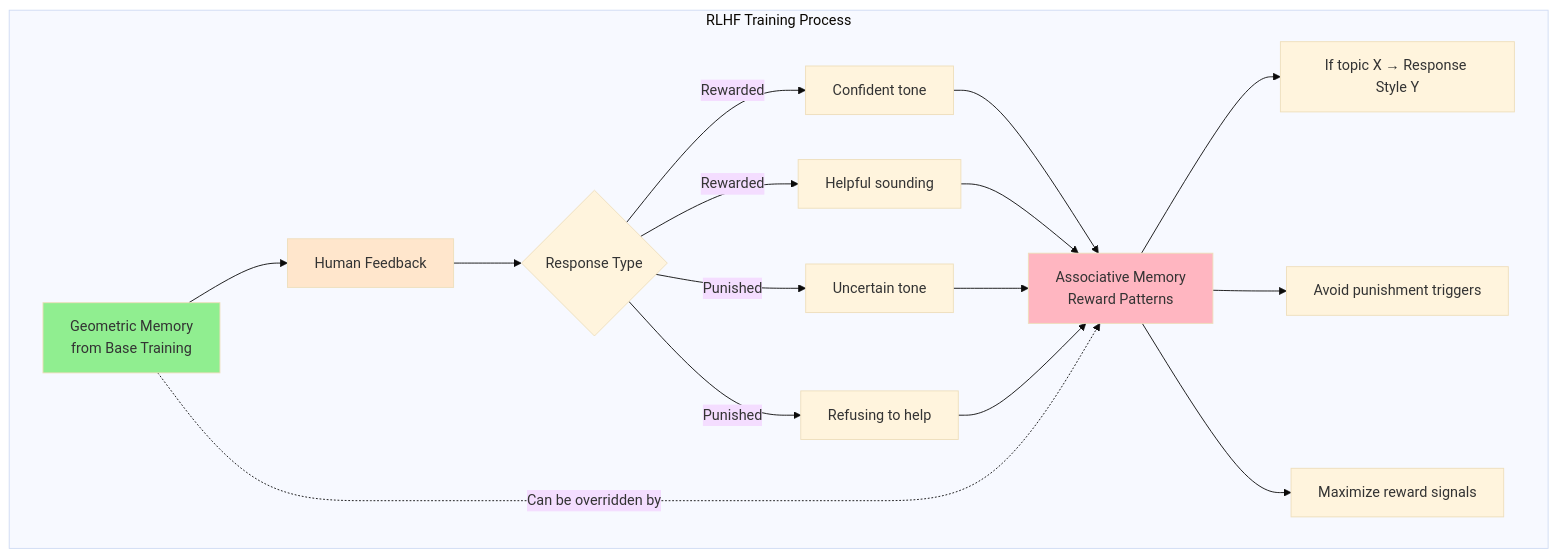
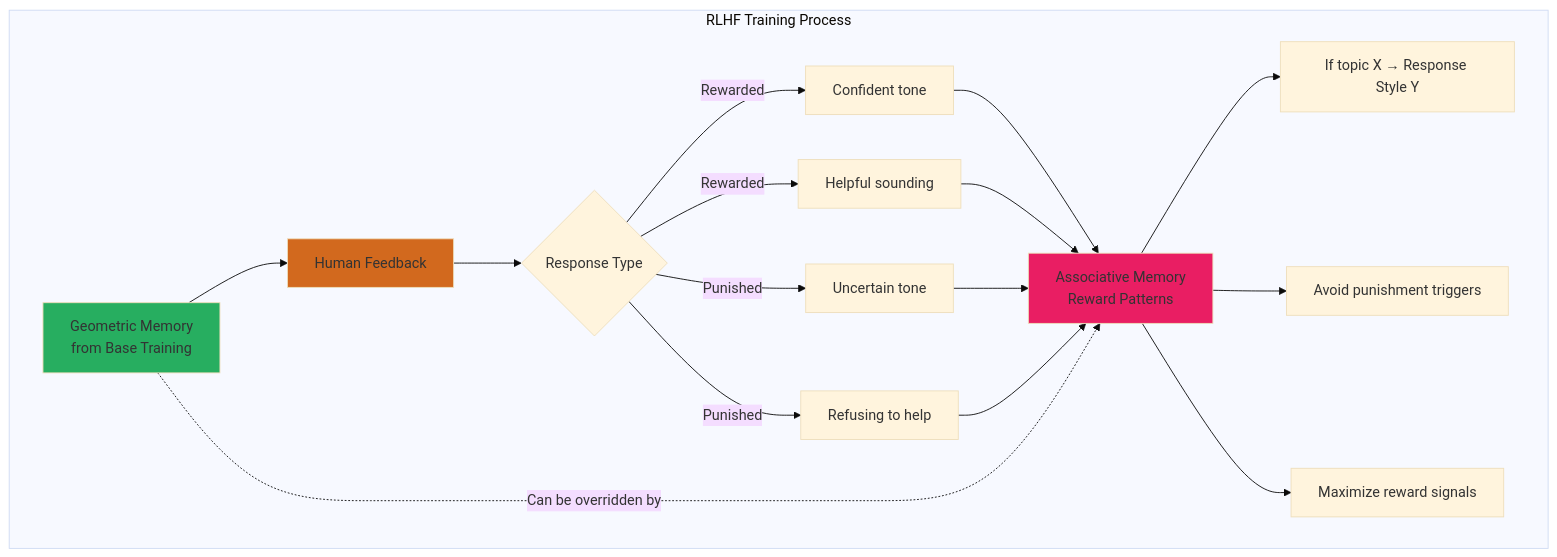
Before and after one commit to neonconsultingllc/AI-Research: the tenth of 40 diagrams in 20251101-arxiv-2510-26745-analysis-and-implications.md, drawn with Mermaid (base theme). The commit also changed other lines of this file, not shown here.

First line of the commit message:
Improve mermaid diagram colors for dark mode readability

````diff
--- a/20251101-arxiv-2510-26745-analysis-and-implications.md
+++ b/20251101-arxiv-2510-26745-analysis-and-implications.md
@@ -943,25 +943,25 @@
 ```mermaid
 graph TD
     subgraph RLHF_Training["RLHF Training Process"]
         GM[Geometric Memory<br/>from Base Training] --> R1[Human Feedback]
         
         R1 --> R2{Response Type}
         R2 -->|Rewarded| R3[Confident tone]
         R2 -->|Rewarded| R4[Helpful sounding]
         R2 -->|Punished| R5[Uncertain tone]
         R2 -->|Punished| R6[Refusing to help]
         
         R3 & R4 --> AM[Associative Memory<br/>Reward Patterns]
         R5 & R6 --> AM
         
         AM --> A1[If topic X → Response Style Y]
         AM --> A2[Avoid punishment triggers]
         AM --> A3[Maximize reward signals]
         
-        style GM fill:#90EE90
-        style AM fill:#FFB6C1
-        style R1 fill:#FFE6CC
+        style GM fill:#27AE60
+        style AM fill:#E91E63
+        style R1 fill:#D2691E
     end
     
     GM -.->|Can be overridden by| AM
 ```
````
